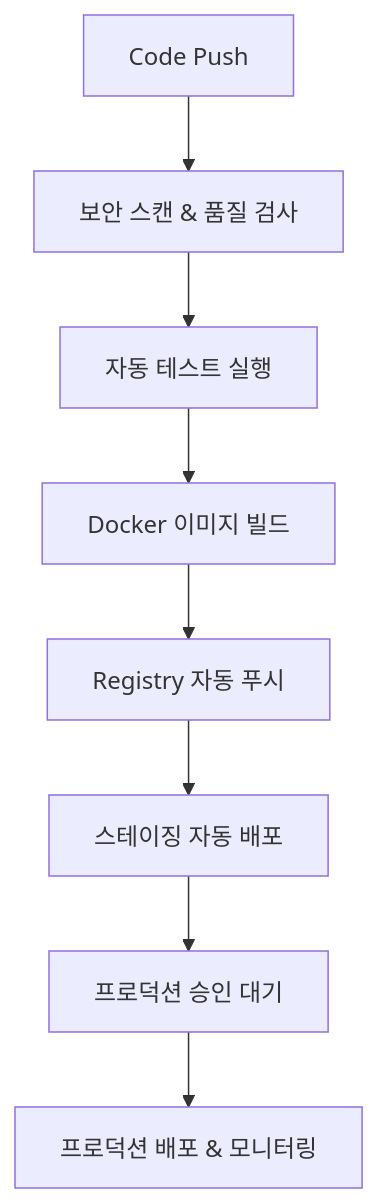
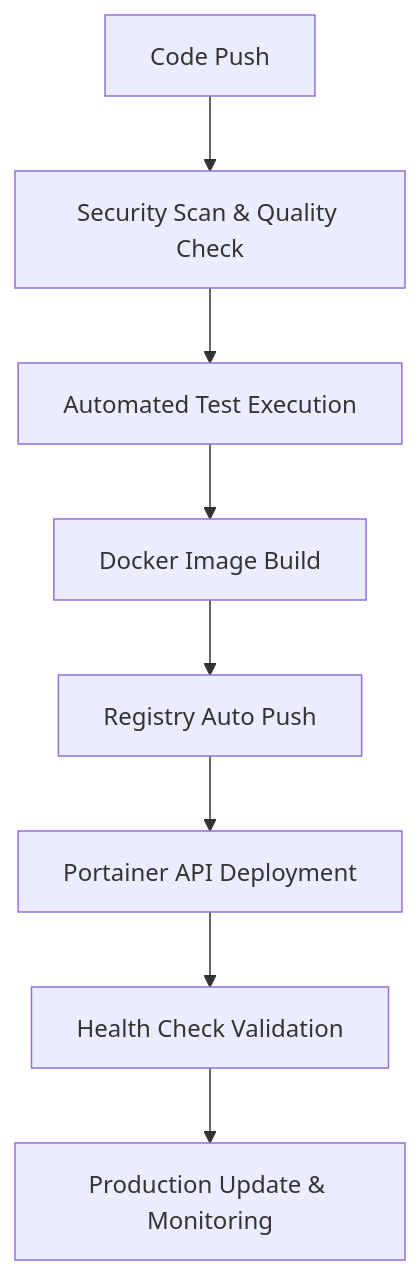
The second of 2 diagrams in README.md (qws941/safework), drawn with Mermaid before and after one commit. The commit also changed other lines of this file and 4 other files, not shown here.

````diff
--- a/README.md
+++ b/README.md
@@ -320,10 +316,10 @@
 ```mermaid
 graph TD
-    A[Code Push] --> B[보안 스캔 & 품질 검사]
-    B --> C[자동 테스트 실행]
-    C --> D[Docker 이미지 빌드]
-    D --> E[Registry 자동 푸시]
-    E --> F[스테이징 자동 배포]
-    F --> G[프로덕션 승인 대기]
-    G --> H[프로덕션 배포 & 모니터링]
+    A[Code Push] --> B[Security Scan & Quality Check]
+    B --> C[Automated Test Execution]
+    C --> D[Docker Image Build]
+    D --> E[Registry Auto Push]
+    E --> F[Portainer API Deployment]
+    F --> G[Health Check Validation]
+    G --> H[Production Update & Monitoring]
 ```
````
